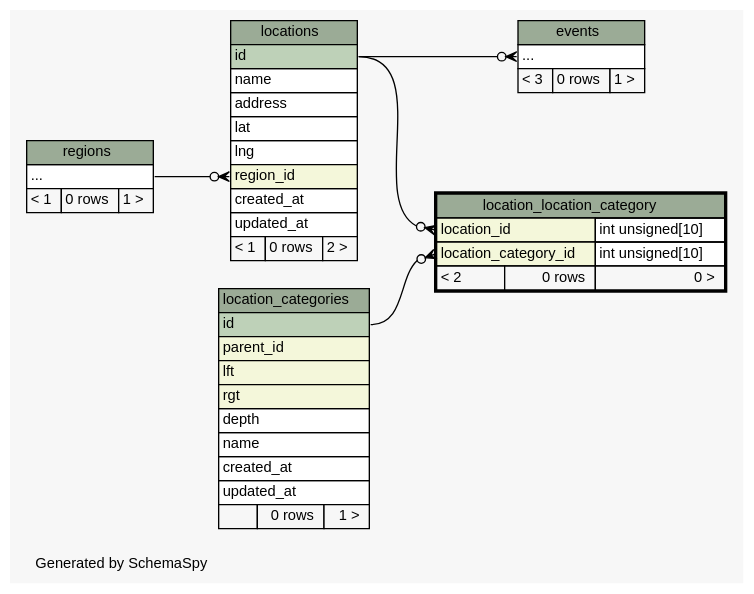
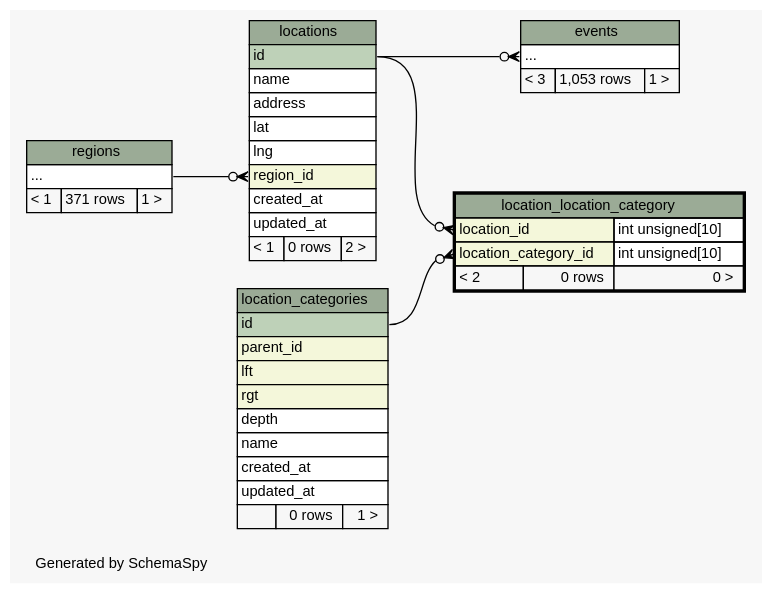
One commit to g0v/poli-radar-api changed the diagram in docs/diagrams/location_location_category.2degrees.dot. Above: the diagram before and after it, drawn with Graphviz. The commit also changed 105 other files, not shown here.

Commit message:
updated diagram

```diff
--- a/docs/diagrams/location_location_category.2degrees.dot
+++ b/docs/diagrams/location_location_category.2degrees.dot
@@ -1,91 +1,91 @@
 // dot 2.28.0 on Windows 10 10.0
 // SchemaSpy rev 590
 digraph "twoDegreesRelationshipsDiagram" {
   graph [
     rankdir="RL"
     bgcolor="#f7f7f7"
     label="\nGenerated by SchemaSpy"
     labeljust="l"
     nodesep="0.18"
     ranksep="0.46"
     fontname="Helvetica"
     fontsize="11"
   ];
   node [
     fontname="Helvetica"
     fontsize="11"
     shape="plaintext"
   ];
   edge [
     arrowsize="0.8"
   ];
   "events":"elipses":w -> "locations":"id":e [arrowhead=none dir=back arrowtail=crowodot];
   "location_location_category":"location_category_id":w -> "location_categories":"id":e [arrowhead=none dir=back arrowtail=crowodot];
   "location_location_category":"location_id":w -> "locations":"id":e [arrowhead=none dir=back arrowtail=crowodot];
   "locations":"region_id":w -> "regions":"elipses":e [arrowhead=none dir=back arrowtail=crowodot];
   "events" [
     label=<
     <TABLE BORDER="0" CELLBORDER="1" CELLSPACING="0" BGCOLOR="#ffffff">
       <TR><TD COLSPAN="3" BGCOLOR="#9bab96" ALIGN="CENTER">events</TD></TR>
       <TR><TD PORT="elipses" COLSPAN="3" ALIGN="LEFT">...</TD></TR>
-      <TR><TD ALIGN="LEFT" BGCOLOR="#f7f7f7">&lt; 3</TD><TD ALIGN="RIGHT" BGCOLOR="#f7f7f7">0 rows</TD><TD ALIGN="RIGHT" BGCOLOR="#f7f7f7">1 &gt;</TD></TR>
+      <TR><TD ALIGN="LEFT" BGCOLOR="#f7f7f7">&lt; 3</TD><TD ALIGN="RIGHT" BGCOLOR="#f7f7f7">1,053 rows</TD><TD ALIGN="RIGHT" BGCOLOR="#f7f7f7">1 &gt;</TD></TR>
     </TABLE>>
     URL="events.html"
     tooltip="events"
   ];
   "location_categories" [
     label=<
     <TABLE BORDER="0" CELLBORDER="1" CELLSPACING="0" BGCOLOR="#ffffff">
       <TR><TD COLSPAN="3" BGCOLOR="#9bab96" ALIGN="CENTER">location_categories</TD></TR>
       <TR><TD PORT="id" COLSPAN="3" BGCOLOR="#bed1b8" ALIGN="LEFT">id</TD></TR>
       <TR><TD PORT="parent_id" COLSPAN="3" BGCOLOR="#f4f7da" ALIGN="LEFT">parent_id</TD></TR>
       <TR><TD PORT="lft" COLSPAN="3" BGCOLOR="#f4f7da" ALIGN="LEFT">lft</TD></TR>
       <TR><TD PORT="rgt" COLSPAN="3" BGCOLOR="#f4f7da" ALIGN="LEFT">rgt</TD></TR>
       <TR><TD PORT="depth" COLSPAN="3" ALIGN="LEFT">depth</TD></TR>
       <TR><TD PORT="name" COLSPAN="3" ALIGN="LEFT">name</TD></TR>
       <TR><TD PORT="created_at" COLSPAN="3" ALIGN="LEFT">created_at</TD></TR>
       <TR><TD PORT="updated_at" COLSPAN="3" ALIGN="LEFT">updated_at</TD></TR>
       <TR><TD ALIGN="LEFT" BGCOLOR="#f7f7f7">  </TD><TD ALIGN="RIGHT" BGCOLOR="#f7f7f7">0 rows</TD><TD ALIGN="RIGHT" BGCOLOR="#f7f7f7">1 &gt;</TD></TR>
     </TABLE>>
     URL="location_categories.html"
     tooltip="location_categories"
   ];
   "location_location_category" [
     label=<
     <TABLE BORDER="2" CELLBORDER="1" CELLSPACING="0" BGCOLOR="#ffffff">
       <TR><TD COLSPAN="3" BGCOLOR="#9bab96" ALIGN="CENTER">location_location_category</TD></TR>
       <TR><TD PORT="location_id" COLSPAN="2" BGCOLOR="#f4f7da" ALIGN="LEFT">location_id</TD><TD PORT="location_id.type" ALIGN="LEFT">int unsigned[10]</TD></TR>
       <TR><TD PORT="location_category_id" COLSPAN="2" BGCOLOR="#f4f7da" ALIGN="LEFT">location_category_id</TD><TD PORT="location_category_id.type" ALIGN="LEFT">int unsigned[10]</TD></TR>
       <TR><TD ALIGN="LEFT" BGCOLOR="#f7f7f7">&lt; 2</TD><TD ALIGN="RIGHT" BGCOLOR="#f7f7f7">0 rows</TD><TD ALIGN="RIGHT" BGCOLOR="#f7f7f7">0 &gt;</TD></TR>
     </TABLE>>
     URL="location_location_category.html"
     tooltip="location_location_category"
   ];
   "locations" [
     label=<
     <TABLE BORDER="0" CELLBORDER="1" CELLSPACING="0" BGCOLOR="#ffffff">
       <TR><TD COLSPAN="3" BGCOLOR="#9bab96" ALIGN="CENTER">locations</TD></TR>
       <TR><TD PORT="id" COLSPAN="3" BGCOLOR="#bed1b8" ALIGN="LEFT">id</TD></TR>
       <TR><TD PORT="name" COLSPAN="3" ALIGN="LEFT">name</TD></TR>
       <TR><TD PORT="address" COLSPAN="3" ALIGN="LEFT">address</TD></TR>
       <TR><TD PORT="lat" COLSPAN="3" ALIGN="LEFT">lat</TD></TR>
       <TR><TD PORT="lng" COLSPAN="3" ALIGN="LEFT">lng</TD></TR>
       <TR><TD PORT="region_id" COLSPAN="3" BGCOLOR="#f4f7da" ALIGN="LEFT">region_id</TD></TR>
       <TR><TD PORT="created_at" COLSPAN="3" ALIGN="LEFT">created_at</TD></TR>
       <TR><TD PORT="updated_at" COLSPAN="3" ALIGN="LEFT">updated_at</TD></TR>
       <TR><TD ALIGN="LEFT" BGCOLOR="#f7f7f7">&lt; 1</TD><TD ALIGN="RIGHT" BGCOLOR="#f7f7f7">0 rows</TD><TD ALIGN="RIGHT" BGCOLOR="#f7f7f7">2 &gt;</TD></TR>
     </TABLE>>
     URL="locations.html"
     tooltip="locations"
   ];
   "regions" [
     label=<
     <TABLE BORDER="0" CELLBORDER="1" CELLSPACING="0" BGCOLOR="#ffffff">
       <TR><TD COLSPAN="3" BGCOLOR="#9bab96" ALIGN="CENTER">regions</TD></TR>
       <TR><TD PORT="elipses" COLSPAN="3" ALIGN="LEFT">...</TD></TR>
-      <TR><TD ALIGN="LEFT" BGCOLOR="#f7f7f7">&lt; 1</TD><TD ALIGN="RIGHT" BGCOLOR="#f7f7f7">0 rows</TD><TD ALIGN="RIGHT" BGCOLOR="#f7f7f7">1 &gt;</TD></TR>
+      <TR><TD ALIGN="LEFT" BGCOLOR="#f7f7f7">&lt; 1</TD><TD ALIGN="RIGHT" BGCOLOR="#f7f7f7">371 rows</TD><TD ALIGN="RIGHT" BGCOLOR="#f7f7f7">1 &gt;</TD></TR>
     </TABLE>>
     URL="regions.html"
     tooltip="regions"
   ];
 }
```
